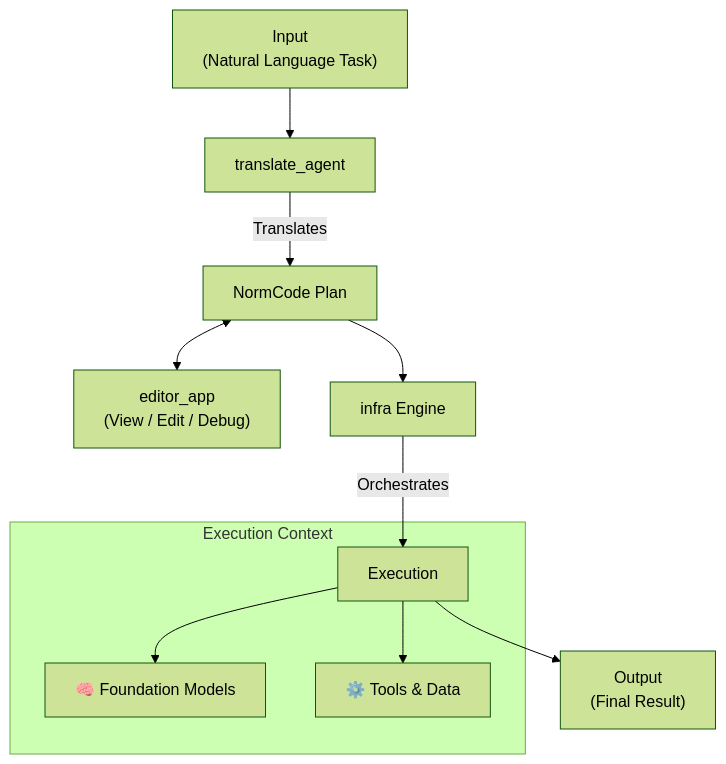
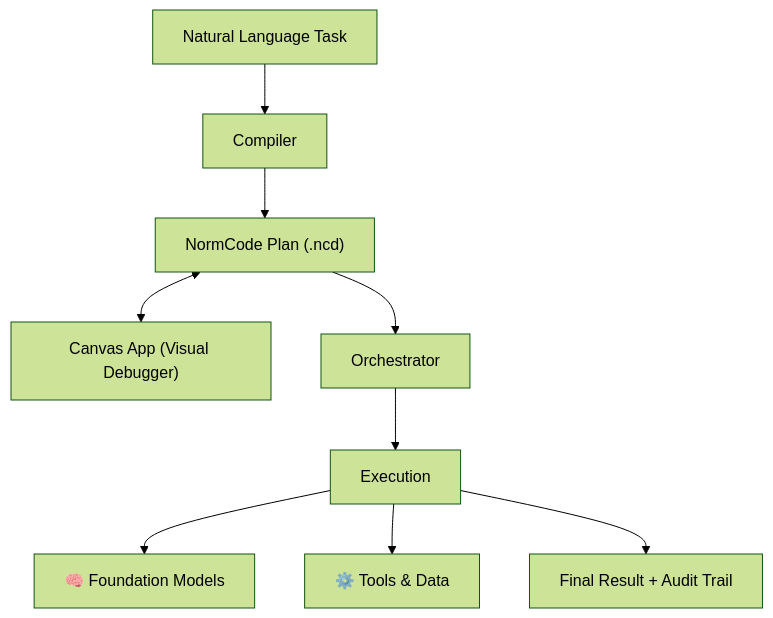
Before and after one commit to GEOGUANSIN/normCode: the diagram in README.md, drawn with Mermaid (forest theme). The commit also changed other lines of this file, not shown here.

First line of the commit message:
Update README.md to Reflect NormCode's New Focus on Context-Isolated AI Planning

````diff
--- a/README.md
+++ b/README.md
@@ -18,13 +84,11 @@
 ```mermaid
 graph TD
-    A["Input <br> (Natural Language Task)"] --> B["translate_agent"];
-    B -- Translates --> C["NormCode Plan"];
-    C <--> D["editor_app <br> (View / Edit / Debug)"];
-    C --> E["infra Engine"];
-    E -- Orchestrates --> F["Execution"];
-    subgraph Execution Context
-        F --> G["🧠 Foundation Models"];
-        F --> H["⚙️ Tools & Data"];
-    end
-    F --> I["Output <br> (Final Result)"];
+    A["Natural Language Task"] --> B["Compiler"]
+    B --> C["NormCode Plan (.ncd)"]
+    C <--> D["Canvas App (Visual Debugger)"]
+    C --> E["Orchestrator"]
+    E --> F["Execution"]
+    F --> G["🧠 Foundation Models"]
+    F --> H["⚙️ Tools & Data"]
+    F --> I["Final Result + Audit Trail"]
 ```
````
